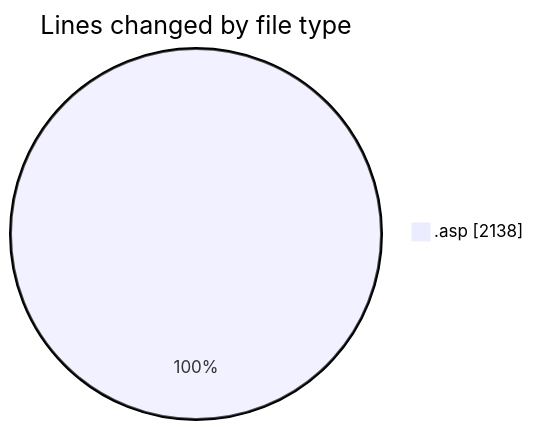
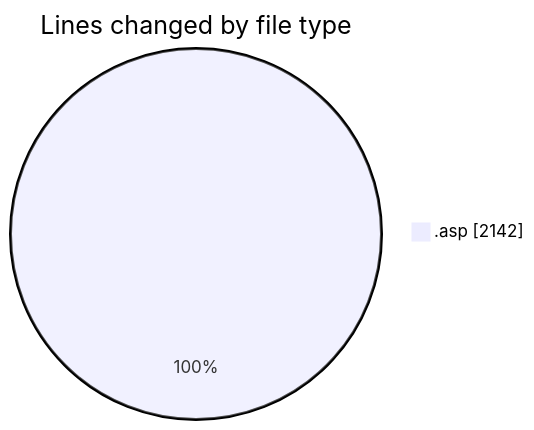
Before and after one commit to julien-gomy/code-tracking: the first of 2 diagrams in 2025-11-04/usr_aleoudev_fr__workspace_/README.md, drawn with Mermaid. The commit also changed other lines of this file and 1 other file, not shown here.

````diff
--- a/2025-11-04/usr_aleoudev_fr__workspace_/README.md
+++ b/2025-11-04/usr_aleoudev_fr__workspace_/README.md
@@ -20,5 +20,5 @@
 ```mermaid
 pie showData
 title Lines changed by file type
-".asp" : 2138
+".asp" : 2142
 ```
````
